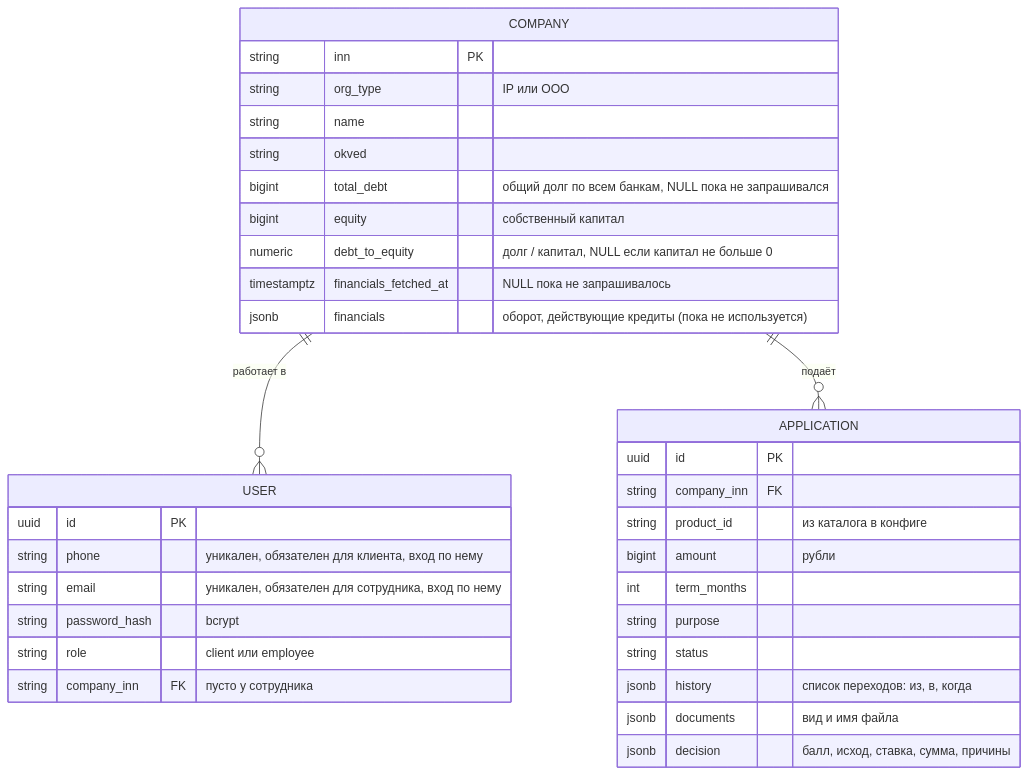
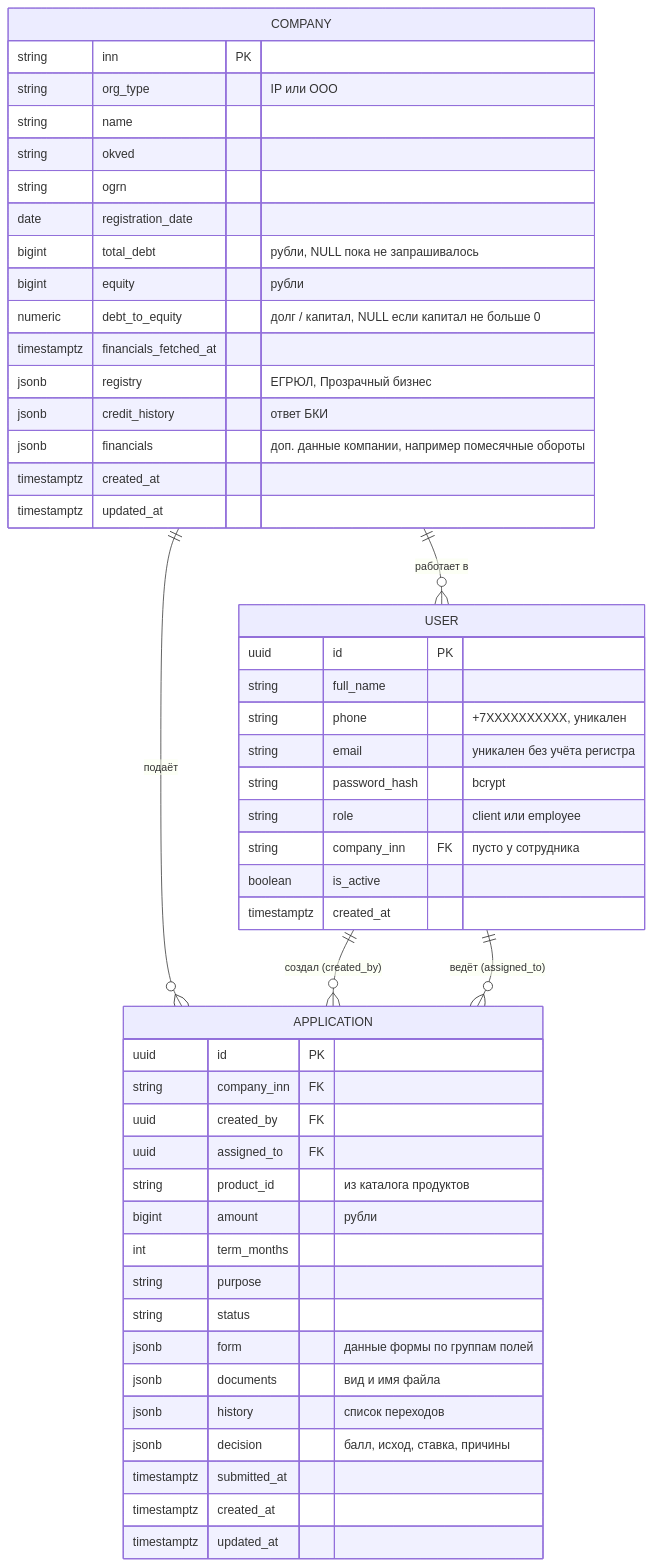
Before and after one commit to rudast/alpha-hack-2026: the diagram in docs/data-model.md, drawn with Mermaid. The commit also changed other lines of this file and 17 other files, not shown here.

````diff
--- a/docs/data-model.md
+++ b/docs/data-model.md
@@ -7,37 +7,54 @@
 ```mermaid
 erDiagram
     COMPANY ||--o{ USER : "работает в"
     COMPANY ||--o{ APPLICATION : "подаёт"
+    USER ||--o{ APPLICATION : "создал (created_by)"
+    USER ||--o{ APPLICATION : "ведёт (assigned_to)"
 
     COMPANY {
         string inn PK
         string org_type "IP или OOO"
         string name
         string okved
-        bigint total_debt "общий долг по всем банкам, NULL пока не запрашивался"
-        bigint equity "собственный капитал"
+        string ogrn
+        date registration_date
+        bigint total_debt "рубли, NULL пока не запрашивалось"
+        bigint equity "рубли"
         numeric debt_to_equity "долг / капитал, NULL если капитал не больше 0"
-        timestamptz financials_fetched_at "NULL пока не запрашивалось"
-        jsonb financials "оборот, действующие кредиты (пока не используется)"
+        timestamptz financials_fetched_at
+        jsonb registry "ЕГРЮЛ, Прозрачный бизнес"
+        jsonb credit_history "ответ БКИ"
+        jsonb financials "доп. данные компании, например помесячные обороты"
+        timestamptz created_at
+        timestamptz updated_at
     }
     USER {
         uuid id PK
-        string phone "уникален, обязателен для клиента, вход по нему"
-        string email "уникален, обязателен для сотрудника, вход по нему"
+        string full_name
+        string phone "+7XXXXXXXXXX, уникален"
+        string email "уникален без учёта регистра"
         string password_hash "bcrypt"
         string role "client или employee"
         string company_inn FK "пусто у сотрудника"
+        boolean is_active
+        timestamptz created_at
     }
     APPLICATION {
         uuid id PK
         string company_inn FK
-        string product_id "из каталога в конфиге"
+        uuid created_by FK
+        uuid assigned_to FK
+        string product_id "из каталога продуктов"
         bigint amount "рубли"
         int term_months
         string purpose
         string status
-        jsonb history "список переходов: из, в, когда"
+        jsonb form "данные формы по группам полей"
         jsonb documents "вид и имя файла"
-        jsonb decision "балл, исход, ставка, сумма, причины"
+        jsonb history "список переходов"
+        jsonb decision "балл, исход, ставка, причины"
+        timestamptz submitted_at
+        timestamptz created_at
+        timestamptz updated_at
     }
 ```
````
